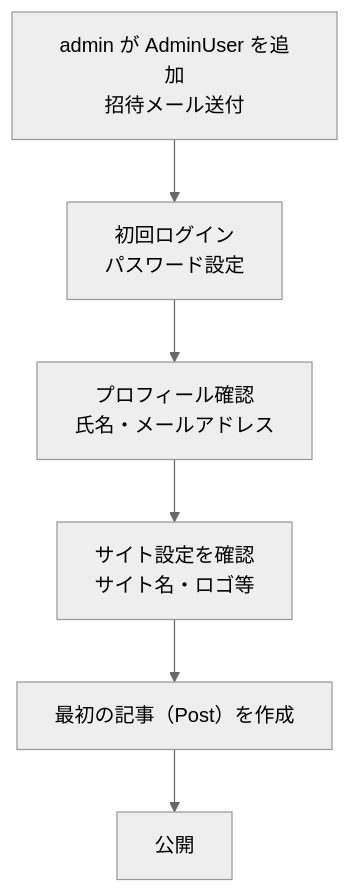
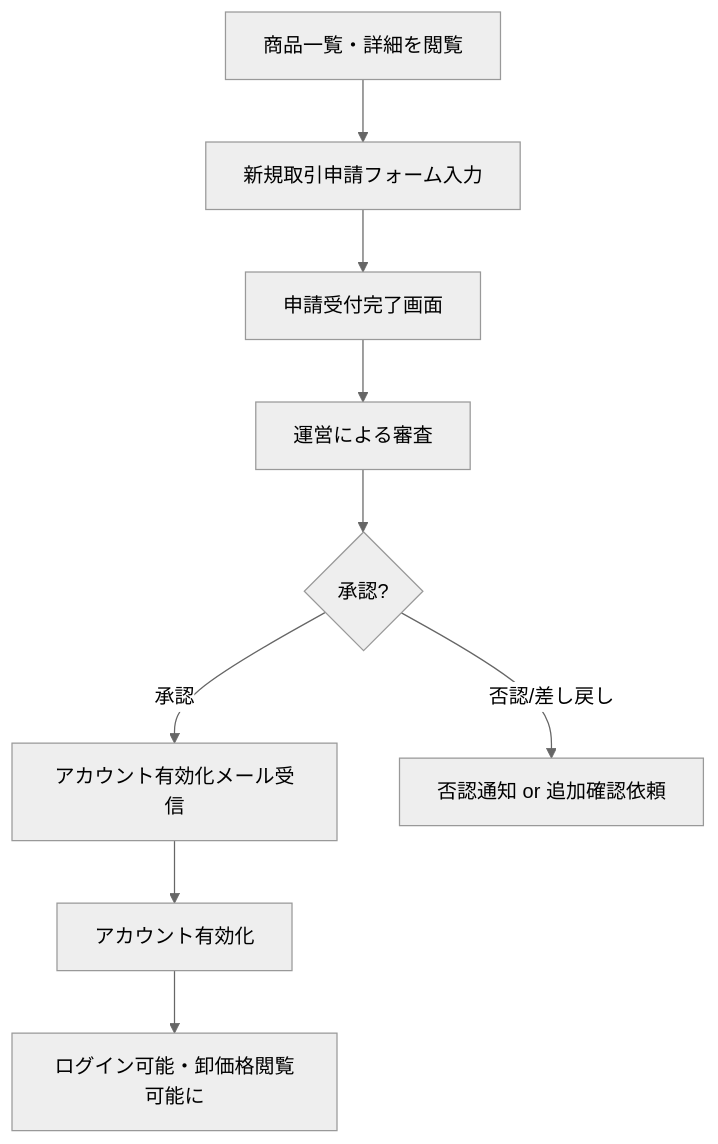
The first of 4 diagrams in docs/2-product/04-ui-ux-design.md (team-natural/business-pet-kampo), drawn with Mermaid (neutral theme) before and after one commit. The commit also changed other lines of this file and 22 other files, not shown here.

````diff
--- a/docs/2-product/04-ui-ux-design.md
+++ b/docs/2-product/04-ui-ux-design.md
@@ -61,8 +56,11 @@
 ```mermaid
 flowchart TD
-    A[admin が AdminUser を追加<br/>招待メール送付] --> B[初回ログイン<br/>パスワード設定]
-    B --> C[プロフィール確認<br/>氏名・メールアドレス]
-    C --> D[サイト設定を確認<br/>サイト名・ロゴ等]
-    D --> E[最初の記事（Post）を作成]
-    E --> F[公開]
+    A[商品一覧・詳細を閲覧] --> B[新規取引申請フォーム入力]
+    B --> C[申請受付完了画面]
+    C --> D[運営による審査]
+    D --> E{承認?}
+    E -->|承認| F[アカウント有効化メール受信]
+    E -->|否認/差し戻し| G[否認通知 or 追加確認依頼]
+    F --> H[アカウント有効化]
+    H --> I[ログイン可能・卸価格閲覧可能に]
 ```
````
